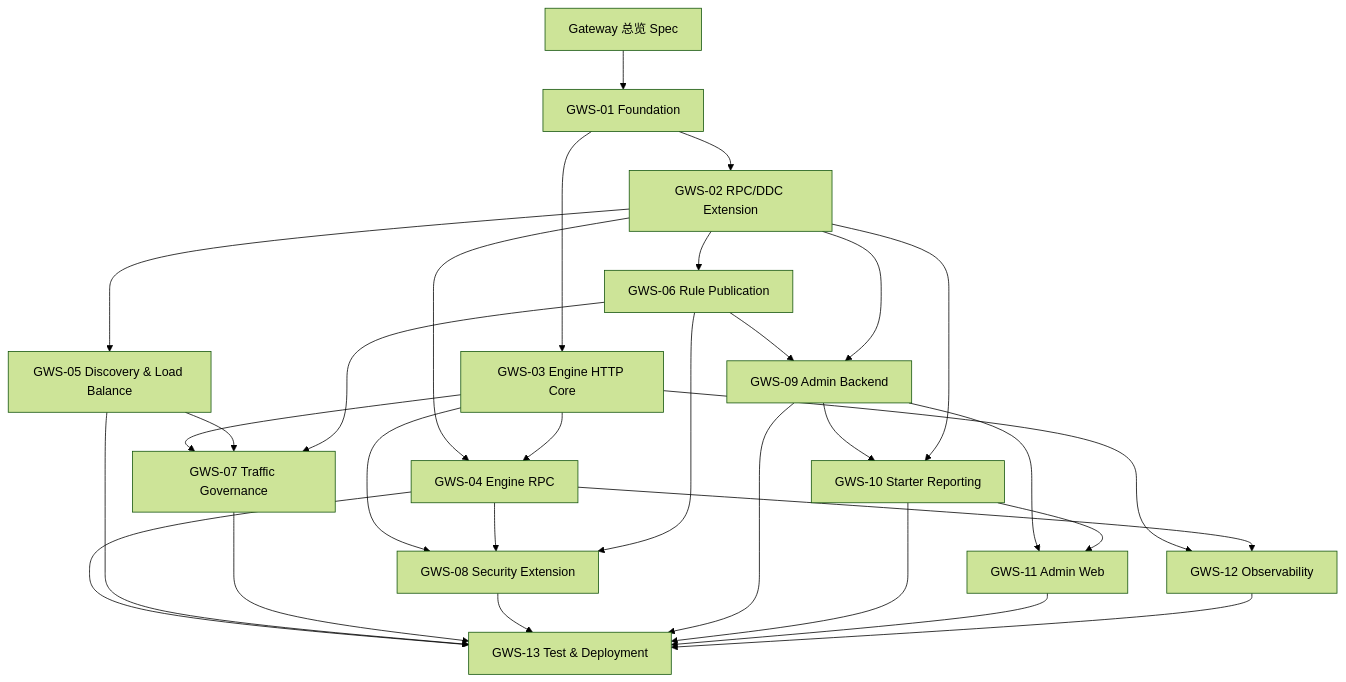
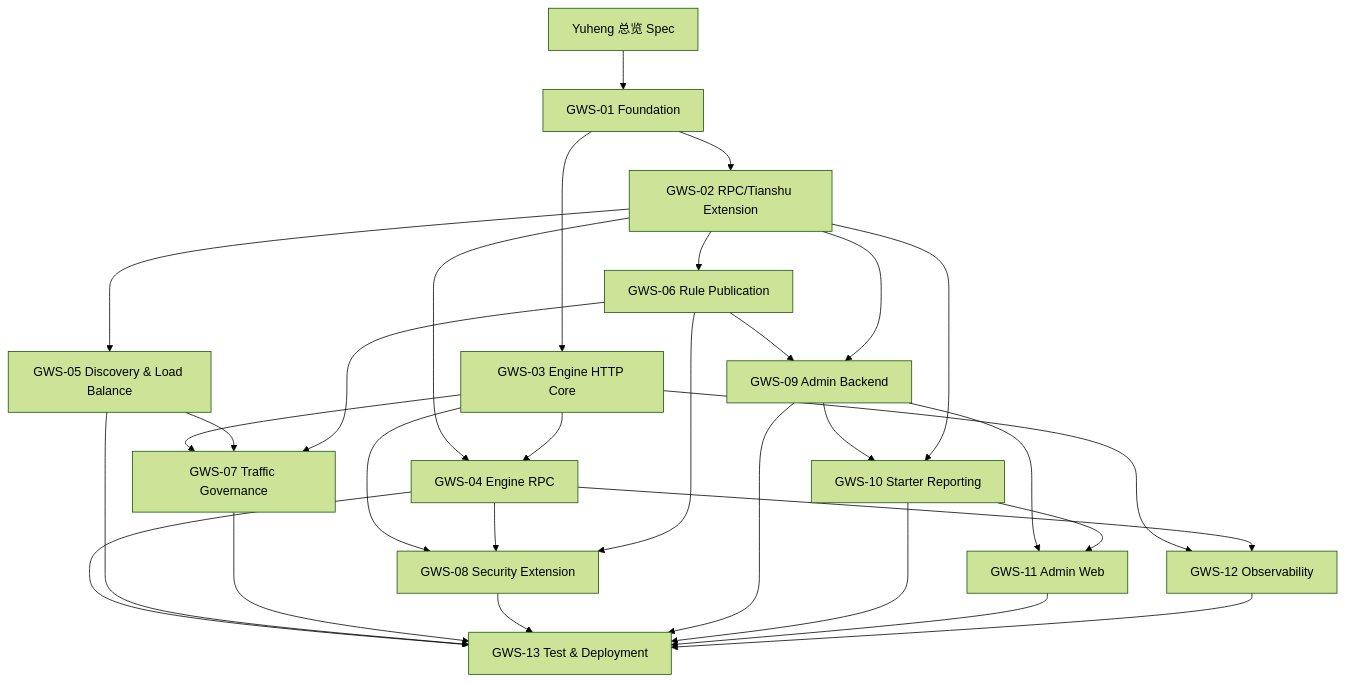
One commit to AllenDEricDAlexander/Egon-COLA changed the diagram in docs/superpowers/specs/2026-07-25-gateway-child-spec-index.md. Above: the diagram before and after it, drawn with Mermaid (forest theme). The commit also changed other lines of this file and 233 other files, not shown here.

````diff
--- a/docs/superpowers/specs/2026-07-25-gateway-child-spec-index.md
+++ b/docs/superpowers/specs/2026-07-25-gateway-child-spec-index.md
@@ -53,32 +53,32 @@
 ```mermaid
 flowchart TD
-    Parent["Gateway 总览 Spec"] --> S01["GWS-01 Foundation"]
-    S01 --> S02["GWS-02 RPC/DDC Extension"]
+    Parent["Yuheng 总览 Spec"] --> S01["GWS-01 Foundation"]
+    S01 --> S02["GWS-02 RPC/Tianshu Extension"]
     S01 --> S03["GWS-03 Engine HTTP Core"]
     S02 --> S04["GWS-04 Engine RPC"]
     S03 --> S04
     S02 --> S05["GWS-05 Discovery & Load Balance"]
     S02 --> S06["GWS-06 Rule Publication"]
     S03 --> S07["GWS-07 Traffic Governance"]
     S05 --> S07
     S06 --> S07
     S03 --> S08["GWS-08 Security Extension"]
     S04 --> S08
     S06 --> S08
     S06 --> S09["GWS-09 Admin Backend"]
     S02 --> S09
     S09 --> S10["GWS-10 Starter Reporting"]
     S02 --> S10
     S09 --> S11["GWS-11 Admin Web"]
     S10 --> S11
     S03 --> S12["GWS-12 Observability"]
     S04 --> S12
     S04 --> S13["GWS-13 Test & Deployment"]
     S05 --> S13
     S07 --> S13
     S08 --> S13
     S09 --> S13
     S10 --> S13
     S11 --> S13
     S12 --> S13
 ```
````
